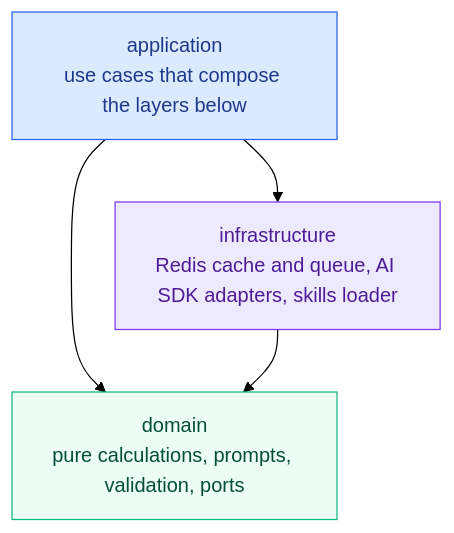
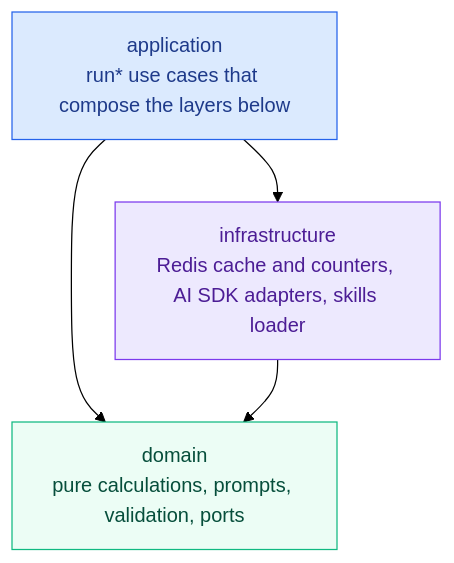
One commit to y0ngha/siglens-core changed the diagram in README.md. Above: the diagram before and after it, drawn with Mermaid (forest theme). The commit also changed other lines of this file and 10 other files, not shown here.

````diff
--- a/README.md
+++ b/README.md
@@ -62,14 +82,14 @@
 ```mermaid
 flowchart TB
-    APP[application<br/>use cases that compose the layers below] --> INFRA
+    APP[application<br/>run* use cases that compose the layers below] --> INFRA
     APP --> DOMAIN
-    INFRA[infrastructure<br/>Redis cache and queue, AI SDK adapters, skills loader] --> DOMAIN
+    INFRA[infrastructure<br/>Redis cache and counters, AI SDK adapters, skills loader] --> DOMAIN
     DOMAIN[domain<br/>pure calculations, prompts, validation, ports]
 
     classDef app fill:#dbeafe,stroke:#2563eb,color:#1e3a8a
     classDef infra fill:#ede9fe,stroke:#7c3aed,color:#4c1d95
     classDef domain fill:#ecfdf5,stroke:#10b981,color:#064e3b
     class APP app
     class INFRA infra
     class DOMAIN domain
 ```
````
